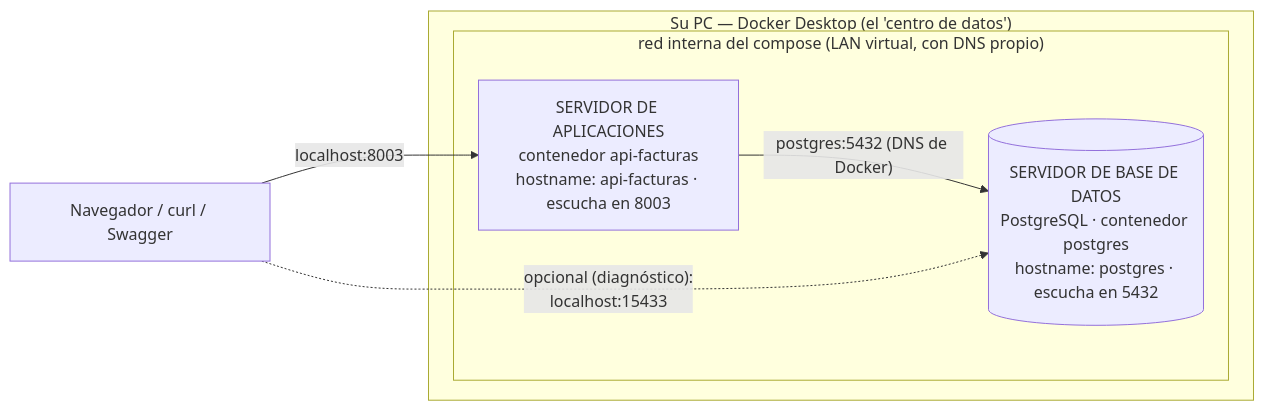
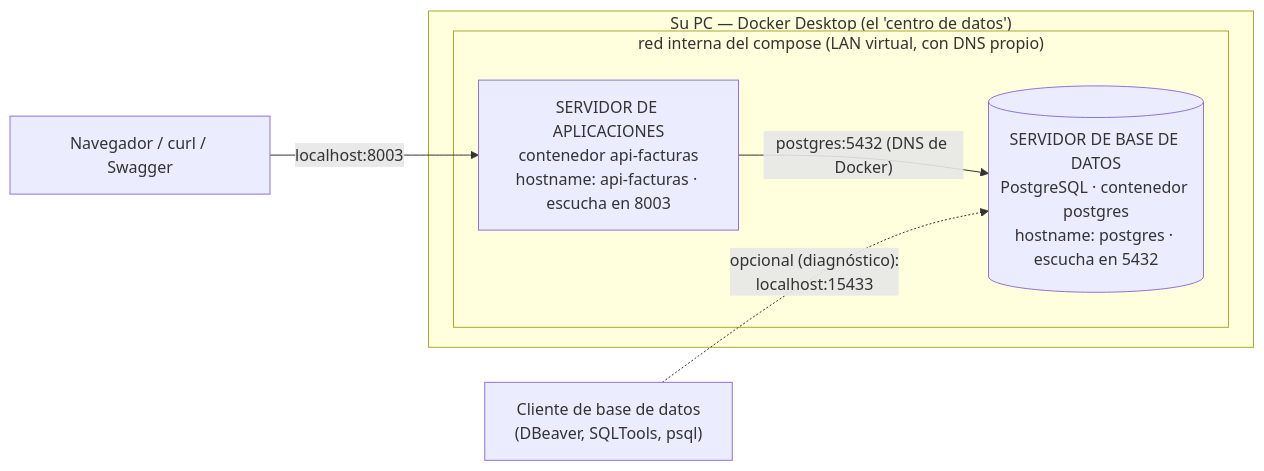
The first of 2 diagrams in docs/CONCEPTOS_DOCKER.md (ccastro2050/proyecto_paradigmas2), drawn with Mermaid before and after one commit. The commit also changed other lines of this file, not shown here.

First line of the commit message:
docs(docker): el diagrama sale del docker-compose real, y ninguna flecha miente

````diff
--- a/docs/CONCEPTOS_DOCKER.md
+++ b/docs/CONCEPTOS_DOCKER.md
@@ -194,13 +194,14 @@
 ```mermaid
 flowchart LR
     NAV["Navegador / curl / Swagger"]
+    CLIENTE["Cliente de base de datos<br/>(DBeaver, SQLTools, psql)"]
     subgraph PC["Su PC — Docker Desktop (el 'centro de datos')"]
         subgraph RED["red interna del compose (LAN virtual, con DNS propio)"]
             APIFACTURAS["SERVIDOR DE APLICACIONES<br/>contenedor api-facturas<br/>hostname: api-facturas · escucha en 8003"]
             POSTGRES[("SERVIDOR DE BASE DE DATOS<br/>PostgreSQL · contenedor postgres<br/>hostname: postgres · escucha en 5432")]
         end
     end
     NAV -->|"localhost:8003"| APIFACTURAS
     APIFACTURAS -->|"postgres:5432 (DNS de Docker)"| POSTGRES
-    NAV -.->|"opcional (diagnóstico):<br/>localhost:15433"| POSTGRES
+    CLIENTE -.->|"opcional (diagnóstico):<br/>localhost:15433"| POSTGRES
 ```
````
